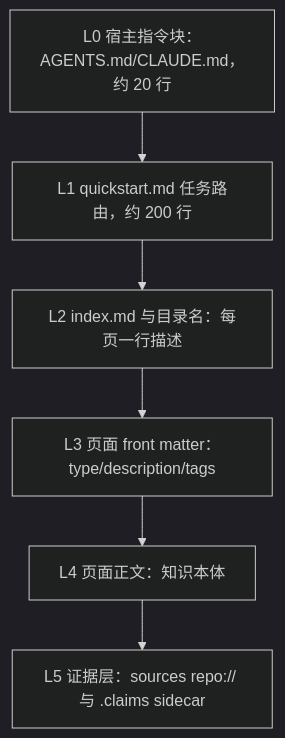
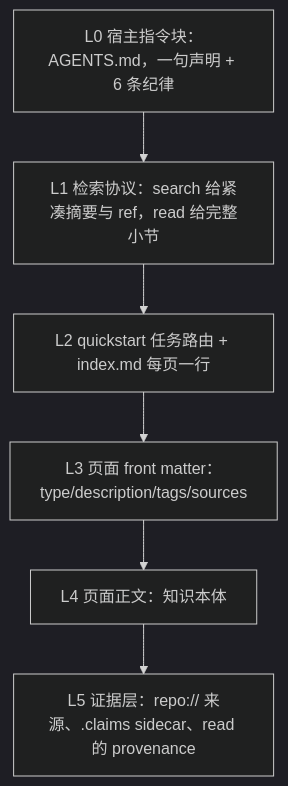
Before and after one commit to ethan-jiang-1/openwiki: the second of 2 diagrams in _digested/15-agent-consumption/01-how-agents-read-the-wiki.md, drawn with Mermaid (dark theme). The commit also changed other lines of this file and 82 other files, not shown here.

````diff
--- a/_digested/15-agent-consumption/01-how-agents-read-the-wiki.md
+++ b/_digested/15-agent-consumption/01-how-agents-read-the-wiki.md
@@ -78,8 +82,8 @@
 ```mermaid
 flowchart TD
-    L0["L0 宿主指令块：AGENTS.md/CLAUDE.md，约 20 行"] --> L1["L1 quickstart.md 任务路由，约 200 行"]
-    L1 --> L2["L2 index.md 与目录名：每页一行描述"]
-    L2 --> L3["L3 页面 front matter：type/description/tags"]
+    L0["L0 宿主指令块：AGENTS.md，一句声明 + 6 条纪律"] --> L1["L1 检索协议：search 给紧凑摘要与 ref，read 给完整小节"]
+    L1 --> L2["L2 quickstart 任务路由 + index.md 每页一行"]
+    L2 --> L3["L3 页面 front matter：type/description/tags/sources"]
     L3 --> L4["L4 页面正文：知识本体"]
-    L4 --> L5["L5 证据层：sources repo:// 与 .claims sidecar"]
+    L4 --> L5["L5 证据层：repo:// 来源、.claims sidecar、read 的 provenance"]
 ```
````
